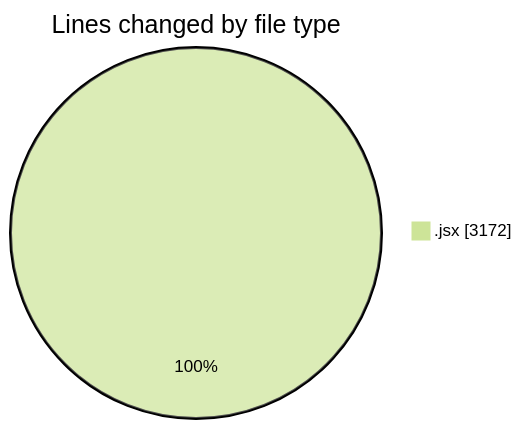
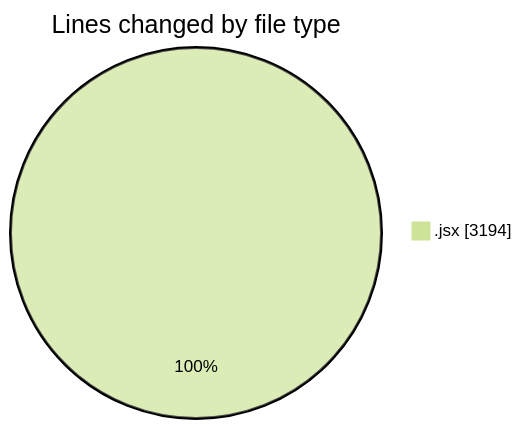
One commit to nxtqubesakshisongat/code-tracking changed the first of 2 diagrams in 2025-05-12/argos-dev/README.md. Above: the diagram before and after it, drawn with Mermaid (forest theme). The commit also changed other lines of this file and 1 other file, not shown here.

````diff
--- a/2025-05-12/argos-dev/README.md
+++ b/2025-05-12/argos-dev/README.md
@@ -26,5 +26,5 @@
 ```mermaid
 pie showData
 title Lines changed by file type
-".jsx" : 3172
+".jsx" : 3194
 ```
````
